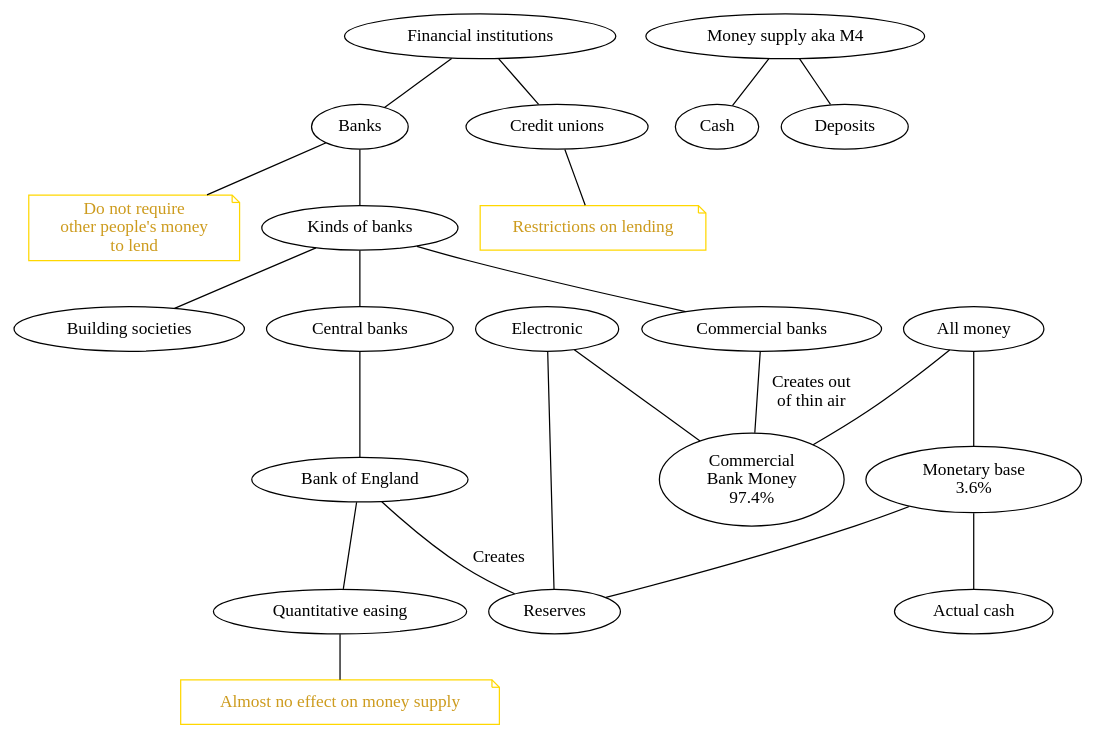
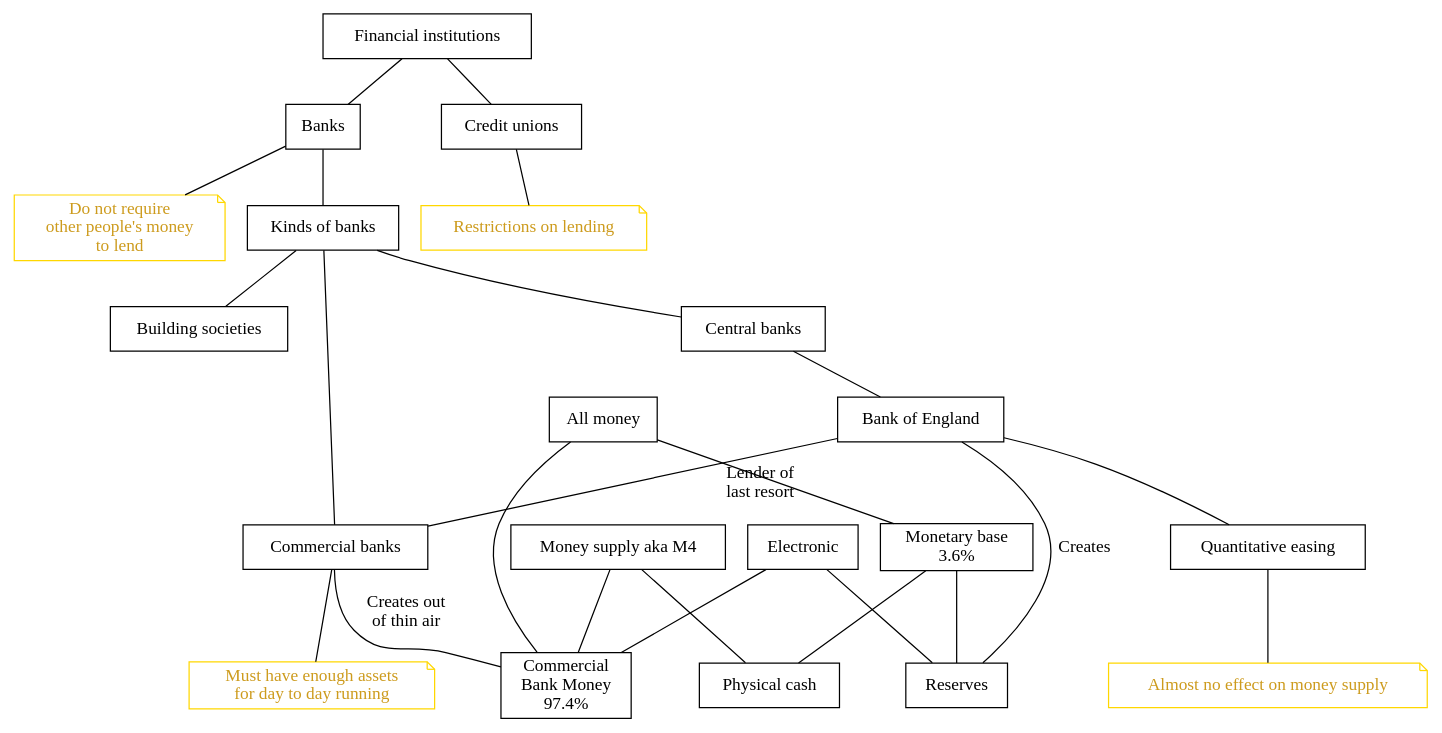
The diagram in uk-money.dot (boxabirds/finance-concepts), drawn with Graphviz before and after one commit. The commit also changed other lines of this file, not shown here.

Commit message:
Cash and deposits tidied up.

```diff
--- a/uk-money.dot
+++ b/uk-money.dot
@@ -1,60 +1,70 @@
-# http://www.graphviz.org/content/cluster
-# A graphviz acyclic graph representing 
-# money concepts for the UK. 
-# This is an experiment in attempting to model a domain and visualise it.
-# Visualise by copying and pasting at http://mdaines.github.io/viz.js/
-
 graph "UK Money Conceptual Dependencies" {
+    # Any comments are stylised here. 
+    node [shape=note color=gold fontcolor=goldenrod3]; 
+    bank_comment qe_comment cu_comment;
+    comb_comment;
+    
+    # nodes for electronic money
+    
+    # Node styles for rest of graph
+    node [shape=default color=black fontcolor=black];
     fi [label = "Financial institutions"];
     
     banks [label ="Banks"];
     fi -- banks;
     
     cu [label="Credit unions"];
-    rol [label="Restrictions on lending" shape=note color=gold fontcolor=goldenrod3]
-    cu -- rol;
+    cu_comment [label="Restrictions on lending"]
+    cu -- cu_comment;
     fi -- cu;
     
     kinds [label="Kinds of banks"];
     kinds -- "Building societies";
     
     comb [label="Commercial banks"];
     kinds -- comb;
     
-    bank_comment [label="Do not require\nother people's money\nto lend" shape=note color=gold fontcolor=goldenrod3];
+    comb_comment [label="Must have enough assets\nfor day to day running"];
+    comb -- comb_comment;
+    
+    bank_comment [label="Do not require\nother people's money\nto lend"];
     banks -- bank_comment;
     banks -- kinds;
     
     money [label="All money"];
     mb [label="Monetary base\n3.6%"]
     money -- mb;
 
-    comb_m [label="Commercial\nBank Money\n97.4%"];
-    money -- comb_m
-    comb -- comb_m [label="Creates out\nof thin air"];
+    deposits [label="Commercial\nBank Money\n97.4%"];
+    money -- deposits
+    comb -- deposits [label="Creates out\nof thin air"];
 
-    mb -- "Actual cash";
+    cash [label="Physical cash"];
+    mb -- cash;
     reserves [label="Reserves"];
     mb -- reserves;
     
     m4 [label="Money supply aka M4"];
-    m4 -- "Cash";
-    m4 -- "Deposits";
+    m4 -- cash;
+    m4 -- deposits;
     
     cenb [label="Central banks"];
     bofe [label="Bank of England"];
     kinds -- cenb -- bofe;
     bofe -- reserves [label="Creates"];
 
     // what money is electronic?    
     electronic [label="Electronic"];
     electronic -- reserves;
-    electronic -- comb_m;
+    electronic -- deposits;
     
     qe [label="Quantitative easing"];
-    qe_comment [label="Almost no effect on money supply" shape=note color=gold fontcolor=goldenrod3];
+    qe_comment [label="Almost no effect on money supply"];
     qe -- qe_comment;
     
     bofe -- qe;
     
+    bofe -- comb [label="Lender of\nlast resort"];
+
+    
 }
```
